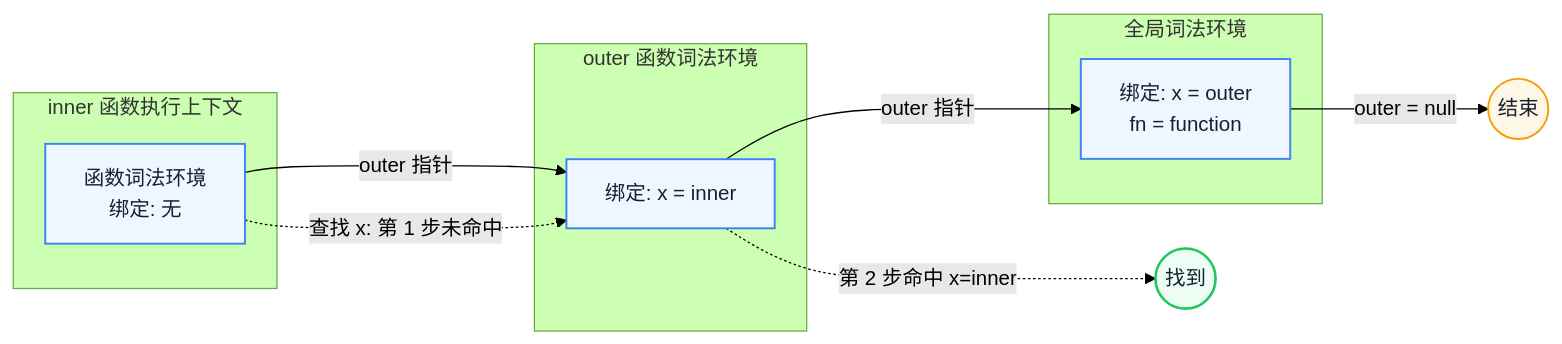
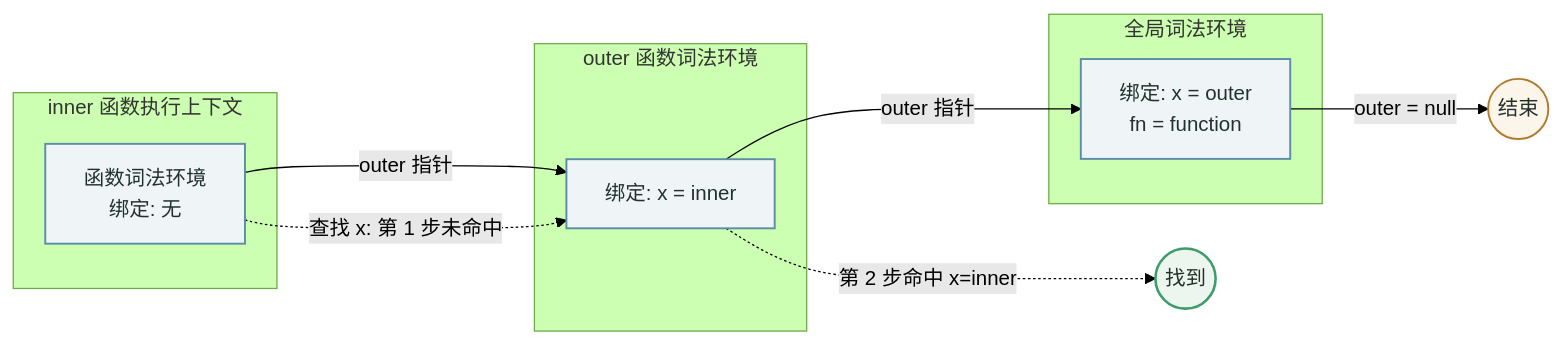
Before and after one commit to Fatejian/frontier-vault: the second of 3 diagrams in docs/javascript/execution-context-closure.md, drawn with Mermaid (forest theme). The commit also changed other lines of this file and 63 other files, not shown here.

````diff
--- a/docs/javascript/execution-context-closure.md
+++ b/docs/javascript/execution-context-closure.md
@@ -206,26 +206,26 @@
 ```mermaid
 flowchart LR
     subgraph Inner["inner 函数执行上下文"]
         IE["函数词法环境<br/>绑定: 无"]
     end
     subgraph Outer["outer 函数词法环境"]
         OE["绑定: x = inner"]
     end
     subgraph Global["全局词法环境"]
         GE["绑定: x = outer<br/>fn = function"]
     end
 
     IE -- "outer 指针" --> OE
     OE -- "outer 指针" --> GE
     GE -- "outer = null" --> Null((结束))
 
     IE -. "查找 x: 第 1 步未命中" .-> OE
     OE -. "第 2 步命中 x=inner" .-> Hit((找到))
 
-    classDef env fill:#EEF6FF,stroke:#3B82F6,color:#172033,stroke-width:1.5px;
-    classDef hit fill:#ECFDF3,stroke:#22C55E,color:#172033,stroke-width:2px;
-    classDef ending fill:#FFF7E6,stroke:#F59E0B,color:#172033,stroke-width:1.5px;
+    classDef env fill:#EFF5F7,stroke:#5B8CA8,color:#22322B,stroke-width:1.5px;
+    classDef hit fill:#EDF5EF,stroke:#3E9B6B,color:#22322B,stroke-width:2px;
+    classDef ending fill:#FBF5EA,stroke:#B27B2C,color:#22322B,stroke-width:1.5px;
     class IE,OE,GE env;
     class Hit hit;
     class Null ending;
 ```
````
